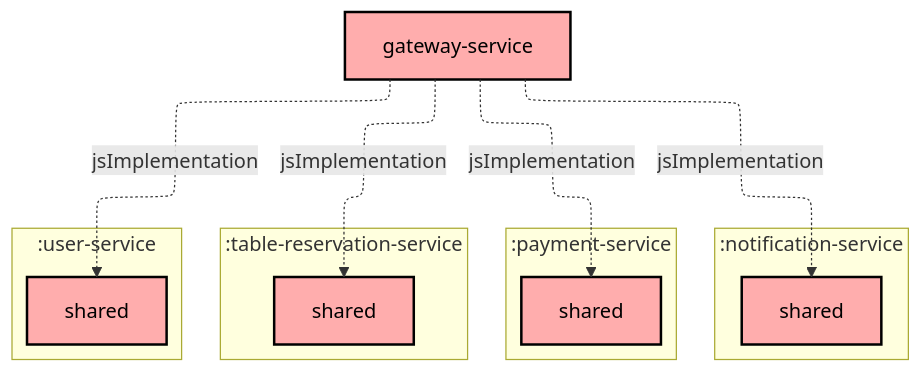
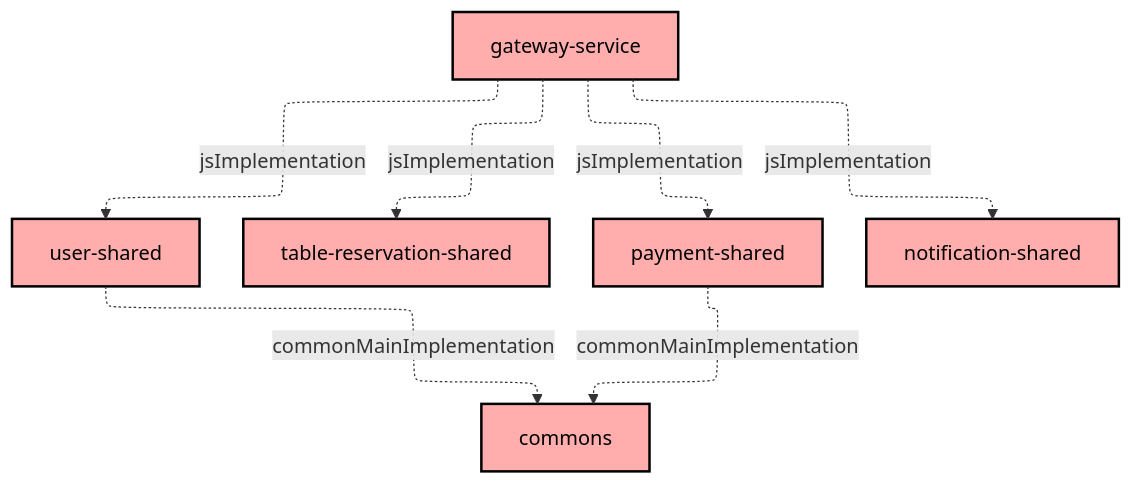
The diagram in gateway-service/README.md (Norby99/munchies), drawn with Mermaid before and after one commit. The commit also changed 9 other files, not shown here.

Commit message:
refactor: shared depends on commons

````diff
--- a/gateway-service/README.md
+++ b/gateway-service/README.md
@@ -6,33 +6,24 @@
 ```mermaid
 ---
 config:
   layout: elk
   elk:
     nodePlacementStrategy: SIMPLE
 ---
 graph TB
-  subgraph :notification-service
-    direction TB
-    :notification-service:shared[shared]:::unknown
-  end
-  subgraph :payment-service
-    direction TB
-    :payment-service:shared[shared]:::unknown
-  end
-  subgraph :table-reservation-service
-    direction TB
-    :table-reservation-service:shared[shared]:::unknown
-  end
-  subgraph :user-service
-    direction TB
-    :user-service:shared[shared]:::unknown
-  end
+  :user-shared[user-shared]:::unknown
+  :table-reservation-shared[table-reservation-shared]:::unknown
+  :payment-shared[payment-shared]:::unknown
+  :notification-shared[notification-shared]:::unknown
   :gateway-service[gateway-service]:::unknown
+  :commons[commons]:::unknown
 
-  :gateway-service -.->|jsImplementation| :notification-service:shared
-  :gateway-service -.->|jsImplementation| :payment-service:shared
-  :gateway-service -.->|jsImplementation| :table-reservation-service:shared
-  :gateway-service -.->|jsImplementation| :user-service:shared
+  :gateway-service -.->|jsImplementation| :notification-shared
+  :gateway-service -.->|jsImplementation| :payment-shared
+  :gateway-service -.->|jsImplementation| :table-reservation-shared
+  :gateway-service -.->|jsImplementation| :user-shared
+  :payment-shared -.->|commonMainImplementation| :commons
+  :user-shared -.->|commonMainImplementation| :commons
 
 classDef unknown fill:#FFADAD,stroke:#000,stroke-width:2px,color:#000;
 ```
````
